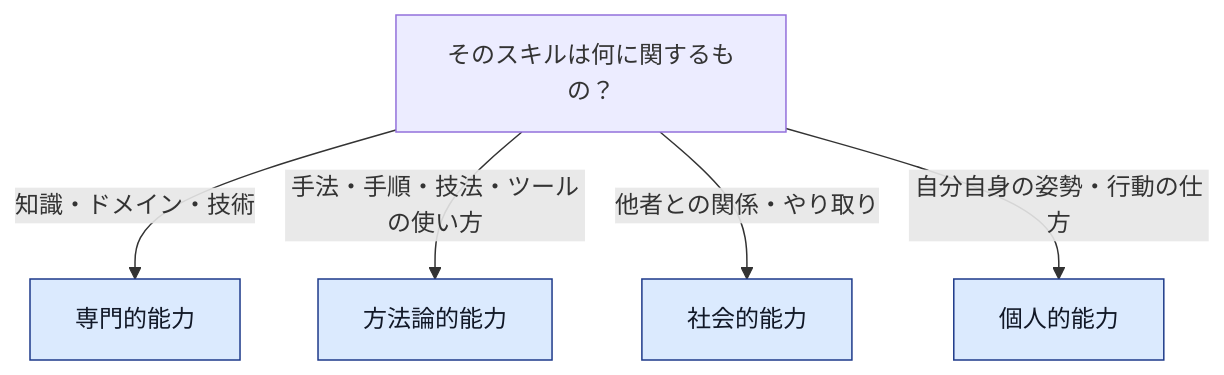
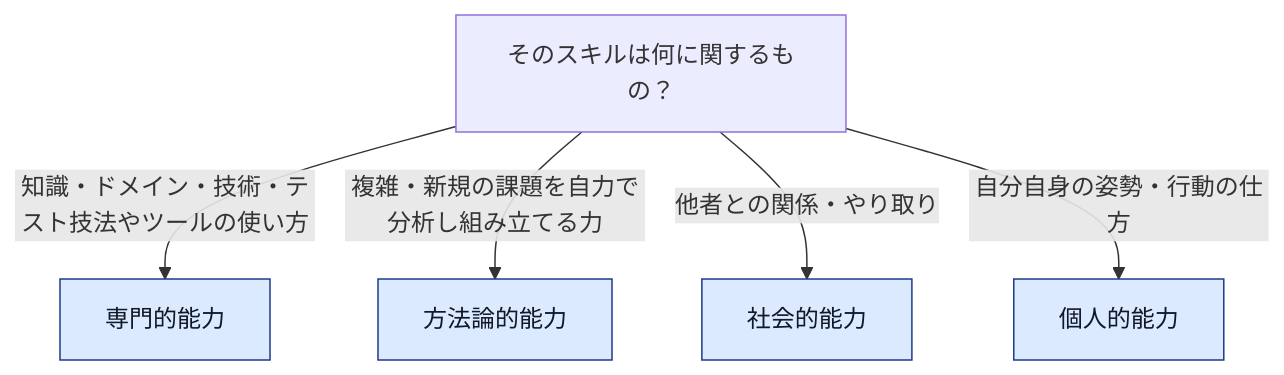
Before and after one commit to myoshi2891/Quality-Assurance-Studies: the second of 7 diagrams in Ctal-tm-v3-ch3-managing-the-team-guide.md, drawn with Mermaid. The commit also changed other lines of this file and 1 other file, not shown here.

````diff
--- a/Ctal-tm-v3-ch3-managing-the-team-guide.md
+++ b/Ctal-tm-v3-ch3-managing-the-team-guide.md
@@ -131,10 +131,10 @@
 ```mermaid
 flowchart TD
     Q["そのスキルは何に関するもの？"]
-    Q -->|"知識・ドメイン・技術"| P["専門的能力"]
-    Q -->|"手法・手順・技法・ツールの使い方"| M["方法論的能力"]
+    Q -->|"知識・ドメイン・技術・テスト技法やツールの使い方"| P["専門的能力"]
+    Q -->|"複雑・新規の課題を自力で分析し組み立てる力"| M["方法論的能力"]
     Q -->|"他者との関係・やり取り"| S["社会的能力"]
     Q -->|"自分自身の姿勢・行動の仕方"| PE["個人的能力"]
     classDef ans fill:#dbeafe,stroke:#1e3a8a,color:#111827
     class P,M,S,PE ans
 ```
````
